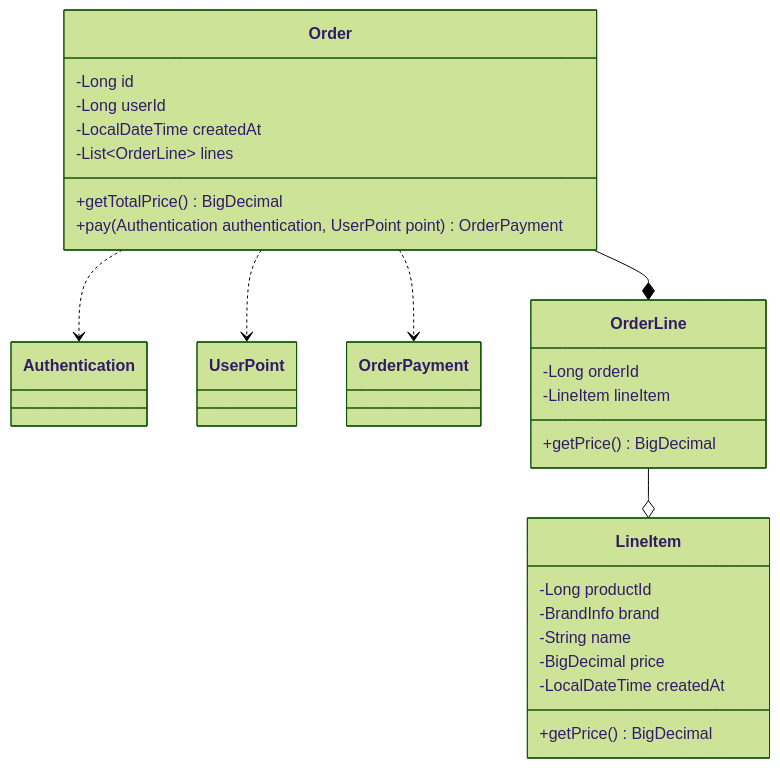
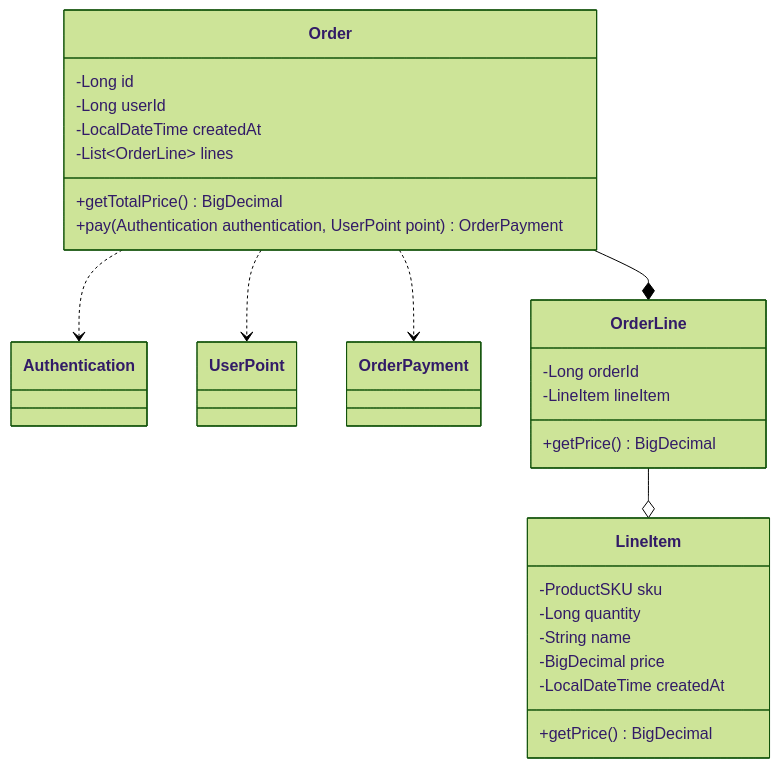
The fifth of 6 diagrams in docs/03-class-diagrams.md (jsween5723/loopers-spring-kotlin-template), drawn with Mermaid (forest theme) before and after one commit. The commit also changed other lines of this file, not shown here.

Commit message:
docs(sku): 클래스 다이어그램 추가

````diff
--- a/docs/03-class-diagrams.md
+++ b/docs/03-class-diagrams.md
@@ -131,34 +170,34 @@
 ```mermaid
 classDiagram
     class Order {
         -Long id
         -Long userId
         -LocalDateTime createdAt
         -List~OrderLine~ lines
         +getTotalPrice() BigDecimal
         +pay(Authentication authentication, UserPoint point) OrderPayment
     }
     Order ..> Authentication
     Order ..> UserPoint
     Order ..> OrderPayment
 
     Order --* OrderLine
     class OrderLine {
         -Long orderId
         -LineItem lineItem
         +getPrice() BigDecimal
     }
 
     OrderLine --o LineItem
 
 
     class LineItem {
-        -Long productId
-        -BrandInfo brand
+        -ProductSKU sku
+        -Long quantity
         -String name
         -BigDecimal price
         -LocalDateTime createdAt
         +getPrice() BigDecimal
     }
 
 ```
````
